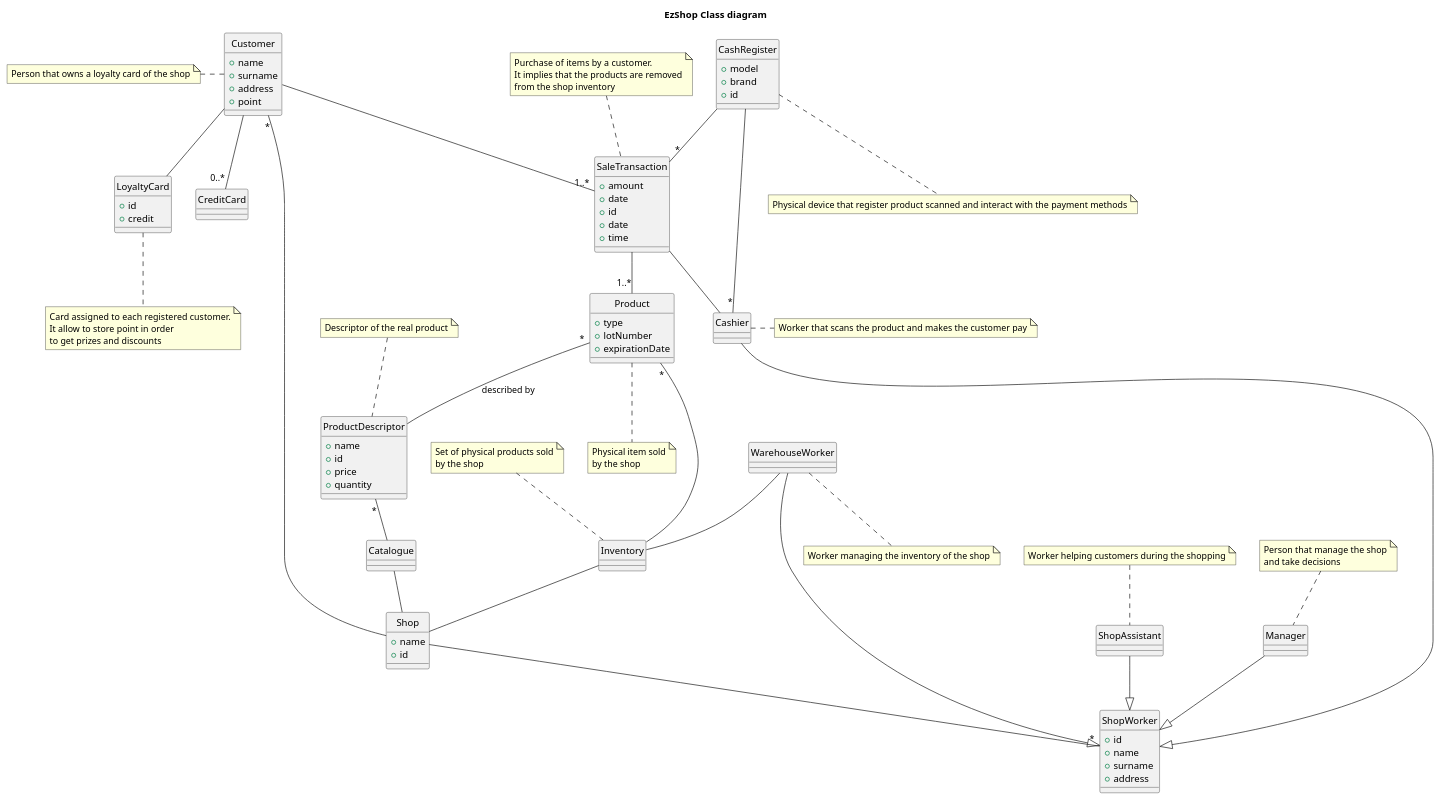
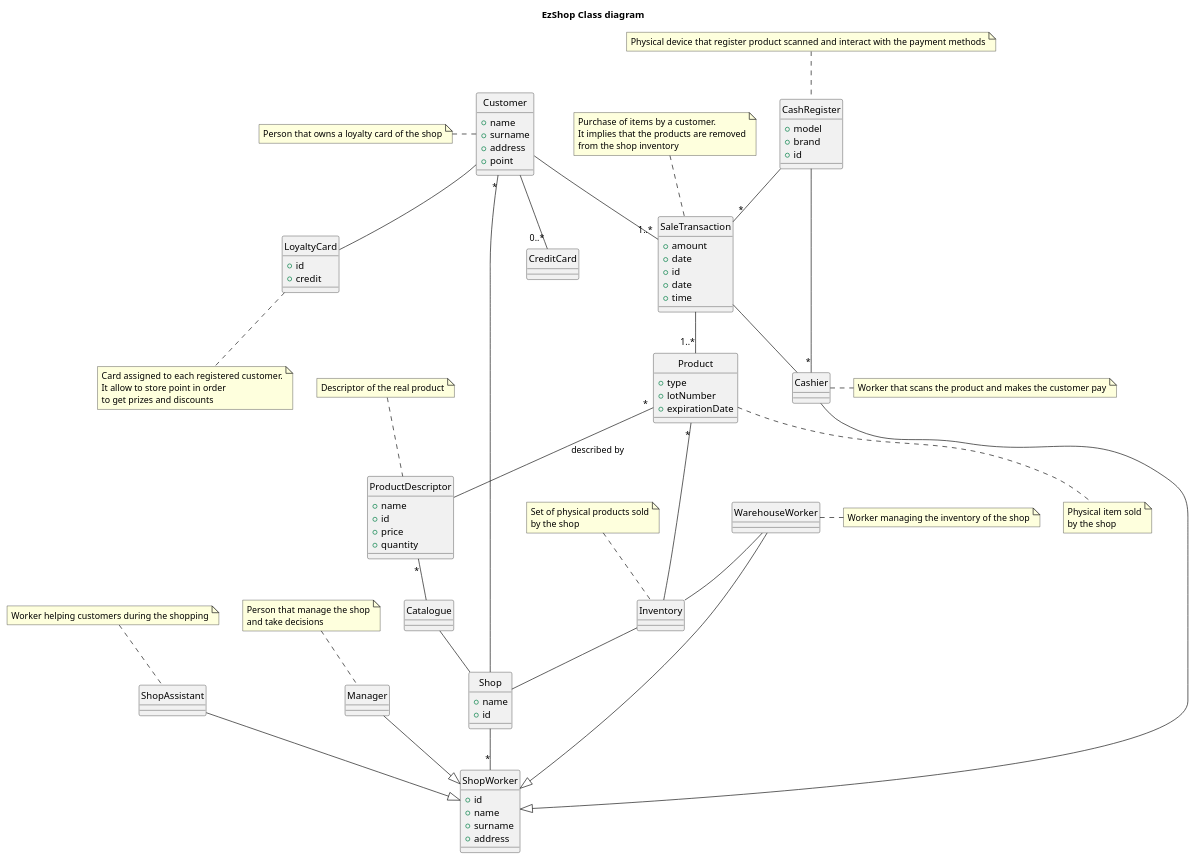
The second of 3 diagrams in Deliverables/RequirementsDocument.md (marco-ballario/EzShop), drawn with PlantUML before and after one commit.

```diff
--- a/Deliverables/RequirementsDocument.md
+++ b/Deliverables/RequirementsDocument.md
@@ -493,8 +493,8 @@
 note right of Cashier: Worker that scans the product and makes the customer pay
 note top of ShopAssistant: Worker helping customers during the shopping
 note top of Manager: Person that manage the shop\nand take decisions
-note bottom of WarehouseWorker: Worker managing the inventory of the shop
-note bottom of CashRegister: Physical device that register product scanned and interact with the payment methods
+note right of WarehouseWorker: Worker managing the inventory of the shop
+note top of CashRegister: Physical device that register product scanned and interact with the payment methods
 note bottom of LoyaltyCard: Card assigned to each registered customer.\nIt allow to store point in order\nto get prizes and discounts
 
 WarehouseWorker -- Inventory
```
